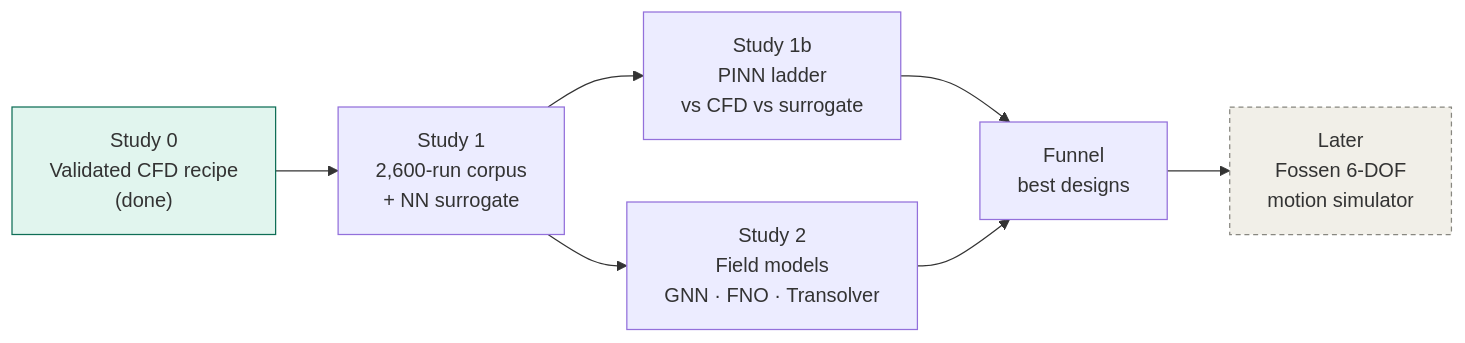
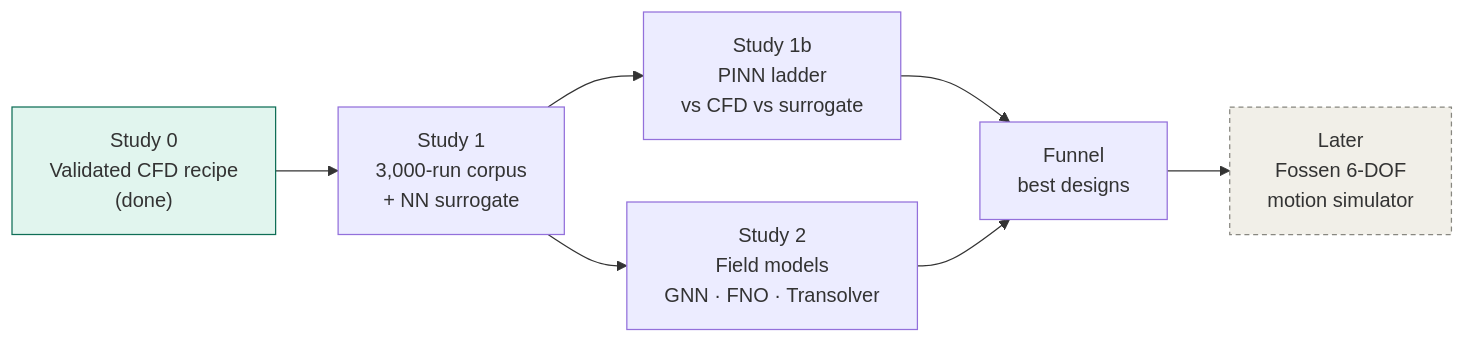
One commit to SaiKiranKumarNalla/auv-hull-surrogate changed the first of 3 diagrams in plan/STUDY_PLAN.md. Above: the diagram before and after it, drawn with Mermaid. The commit also changed other lines of this file and 2 other files, not shown here.

Commit message:
Plans: 3,000-run corpus with the 15 flow conditions table

````diff
--- a/plan/STUDY_PLAN.md
+++ b/plan/STUDY_PLAN.md
@@ -7,11 +7,11 @@
 ```mermaid
 flowchart LR
-    A["Study 0<br/>Validated CFD recipe<br/>(done)"] --> B["Study 1<br/>2,600-run corpus<br/>+ NN surrogate"]
+    A["Study 0<br/>Validated CFD recipe<br/>(done)"] --> B["Study 1<br/>3,000-run corpus<br/>+ NN surrogate"]
     B --> C["Study 1b<br/>PINN ladder<br/>vs CFD vs surrogate"]
     B --> D["Study 2<br/>Field models<br/>GNN · FNO · Transolver"]
     C --> E["Funnel<br/>best designs"]
     D --> E
     E --> F["Later<br/>Fossen 6-DOF<br/>motion simulator"]
     style A fill:#E1F5EE,stroke:#0F6E56
     style F fill:#F1EFE8,stroke:#888780,stroke-dasharray: 4 3
 ```
````
